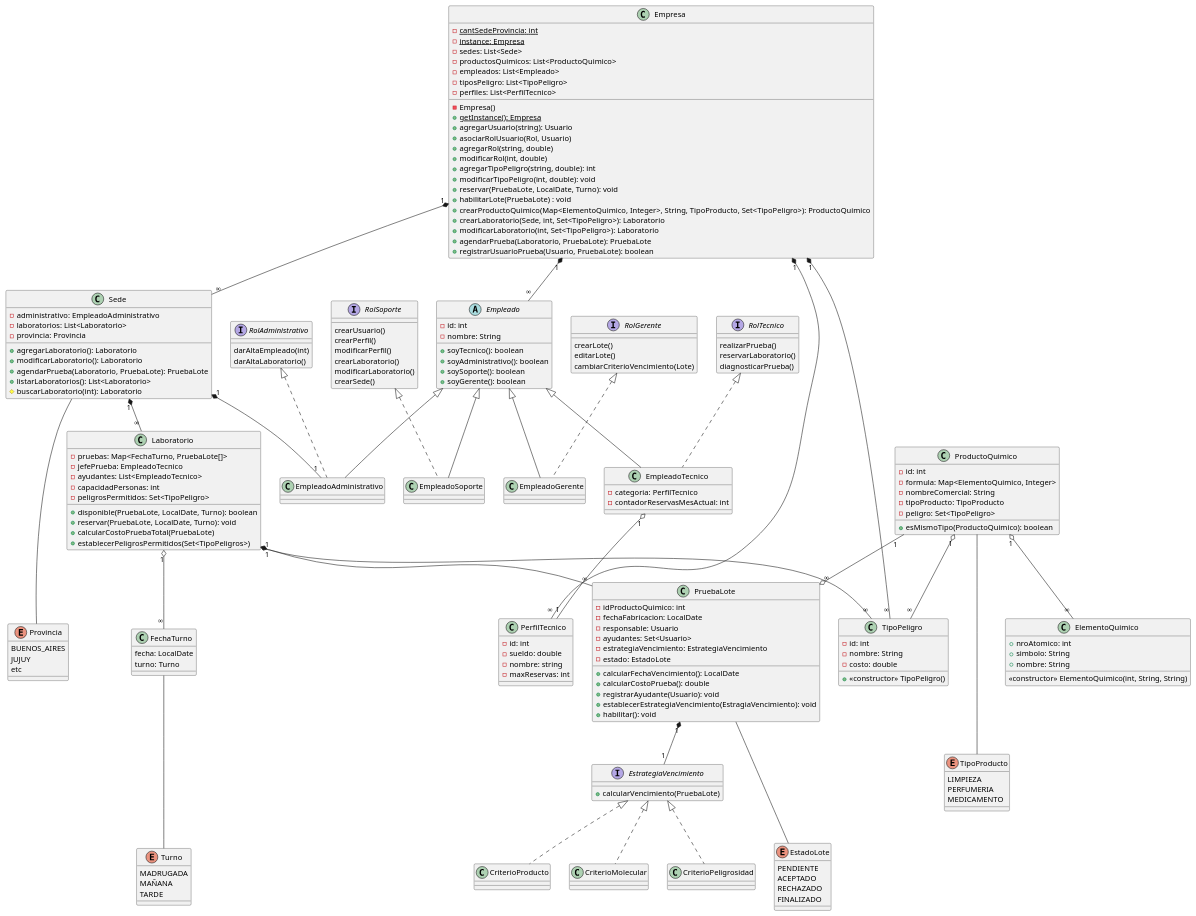
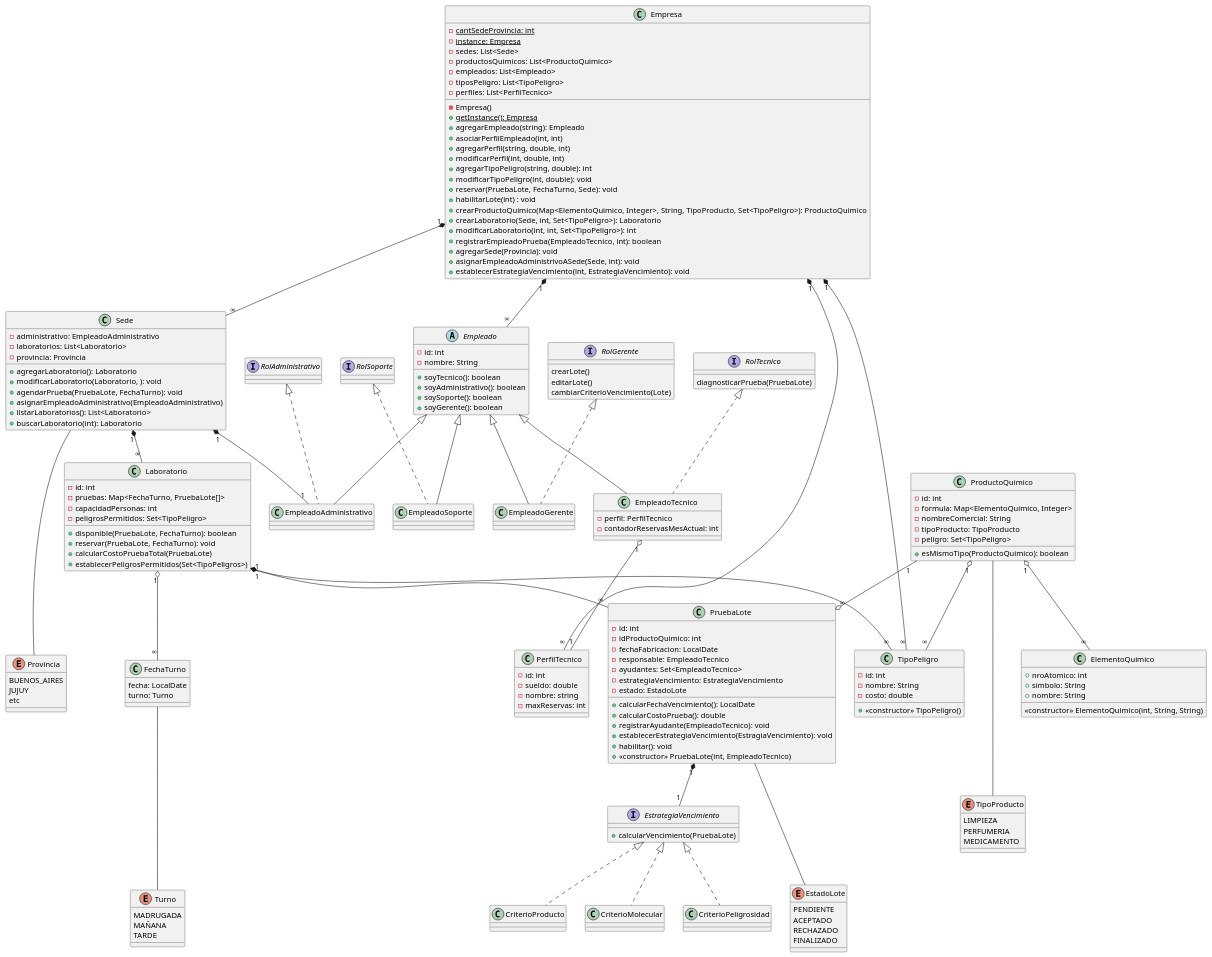
The diagram in diagramas/clases.plantuml (SrBigotones/UADE_TPO_OOP), drawn with PlantUML before and after one commit.

Commit message:
Se corrigen nombres, se agregan id's y se agregan y quitan metodos y parámetros faltantes.

```diff
--- a/diagramas/clases.plantuml
+++ b/diagramas/clases.plantuml
@@ -10,19 +10,21 @@
   - tiposPeligro: List<TipoPeligro>
   - perfiles: List<PerfilTecnico>
   {static} + getInstance(): Empresa
-  + agregarUsuario(string): Usuario
-  + asociarRolUsuario(Rol, Usuario)
-  + agregarRol(string, double) /'nombrePuesto, sueldo'/
-  + modificarRol(int, double) /'idPuesto, sueldo'/
+  + agregarEmpleado(string): Empleado
+  + asociarPerfilEmpleado(int, int) /'id de perfil, id de empleado'/
+  + agregarPerfil(string, double, int) /'nombrePuesto, sueldo, maxReservas'/
+  + modificarPerfil(int, double, int) /'idPuesto, sueldo, maxReservas'/
   + agregarTipoPeligro(string, double): int
   + modificarTipoPeligro(int, double): void
-  + reservar(PruebaLote, LocalDate, Turno): void
-  + habilitarLote(PruebaLote) : void
+  + reservar(PruebaLote, FechaTurno, Sede): void
+  + habilitarLote(int) : void
   + crearProductoQuimico(Map<ElementoQuimico, Integer>, String, TipoProducto, Set<TipoPeligro>): ProductoQuimico
   + crearLaboratorio(Sede, int, Set<TipoPeligro>): Laboratorio
-  + modificarLaboratorio(int, Set<TipoPeligro>): Laboratorio
-  + agendarPrueba(Laboratorio, PruebaLote): PruebaLote
-  + registrarUsuarioPrueba(Usuario, PruebaLote): boolean
+  + modificarLaboratorio(int, int, Set<TipoPeligro>): int /'id, capacidad'/
+  + registrarEmpleadoPrueba(EmpleadoTecnico, int): boolean /'id de prueba'/
+  + agregarSede(Provincia): void
+  + asignarEmpleadoAdministrivoASede(Sede, int): void
+  + establecerEstrategiaVencimiento(int, EstrategiaVencimiento): void /'id de prueba'/
 }
 
 class Sede {
@@ -31,10 +33,11 @@
   - provincia: Provincia
 
   + agregarLaboratorio(): Laboratorio
-  + modificarLaboratorio(): Laboratorio
-  + agendarPrueba(Laboratorio, PruebaLote): PruebaLote
+  + modificarLaboratorio(Laboratorio, ): void
+  + agendarPrueba(PruebaLote, FechaTurno): void
+  + asignarEmpleadoAdministrativo(EmpleadoAdministrativo)
   + listarLaboratorios(): List<Laboratorio>
-  # buscarLaboratorio(int): Laboratorio
+  + buscarLaboratorio(int): Laboratorio
 }
 
 enum Provincia {
@@ -54,17 +57,19 @@
 }
 
 class PruebaLote {
+  - id: int
   - idProductoQuimico: int
   - fechaFabricacion: LocalDate
-  - responsable: Usuario
-  - ayudantes: Set<Usuario>
+  - responsable: EmpleadoTecnico
+  - ayudantes: Set<EmpleadoTecnico>
   - estrategiaVencimiento: EstrategiaVencimiento
   - estado: EstadoLote
   + calcularFechaVencimiento(): LocalDate
   + calcularCostoPrueba(): double
-  + registrarAyudante(Usuario): void
+  + registrarAyudante(EmpleadoTecnico): void
   + establecerEstrategiaVencimiento(EstragiaVencimiento): void
   + habilitar(): void
+  + <<constructor>> PruebaLote(int, EmpleadoTecnico)
 }
 
 interface EstrategiaVencimiento {
@@ -116,20 +121,10 @@
 }
 
 'Edita todo lo relacionado con los puestos y gesetion del sistema (SysAdmin)
-interface RolSoporte {
-  crearUsuario()
-  crearPerfil()
-  modificarPerfil()
-  crearLaboratorio()
-  modificarLaboratorio()
-  crearSede()
-}
+interface RolSoporte {}
 
 'Encargado de habilitar los empleados y laboratorios para las sedes
-interface RolAdministrativo {
-  darAltaEmpleado(int)
-  darAltaLaboratorio()
-}
+interface RolAdministrativo {}
 
 'Encargado de habilitar lotes y cambiar criterios de vencimiento
 interface RolGerente {
@@ -140,16 +135,14 @@
 
 'Encargado de realizar pruebas/reservas
 interface RolTecnico {
-  realizarPrueba()
-  reservarLaboratorio()
-  diagnosticarPrueba()
+  diagnosticarPrueba(PruebaLote)
 }
 
 class EmpleadoSoporte extends Empleado implements RolSoporte {}
 class EmpleadoAdministrativo extends Empleado implements RolAdministrativo {}
 class EmpleadoGerente extends Empleado implements RolGerente {}
 class EmpleadoTecnico extends Empleado implements RolTecnico {
-  - categoria: PerfilTecnico
+  - perfil: PerfilTecnico
   - contadorReservasMesActual: int
 }
 
@@ -166,15 +159,14 @@
 ' - Toxicidades sean compatibles entre producto y laboratorio '
 ' - Tipo de producto compatible entre pruebas '
 class Laboratorio {
+  - id: int
   - pruebas: Map<FechaTurno, PruebaLote[]>
-  - jefePrueba: EmpleadoTecnico
-  - ayudantes: List<EmpleadoTecnico>
   - capacidadPersonas: int
   - peligrosPermitidos: Set<TipoPeligro>
   'disponible devuelve true si hay una lugar disponible para una nueva prueba y,
   'en caso de haber otra prueba en curso, si el producto es compatible con mi prueba'
-  + disponible(PruebaLote, LocalDate, Turno): boolean
-  + reservar(PruebaLote, LocalDate, Turno): void
+  + disponible(PruebaLote, FechaTurno): boolean
+  + reservar(PruebaLote, FechaTurno): void
   + calcularCostoPruebaTotal(PruebaLote)
   + establecerPeligrosPermitidos(Set<TipoPeligros>)
 }
```
